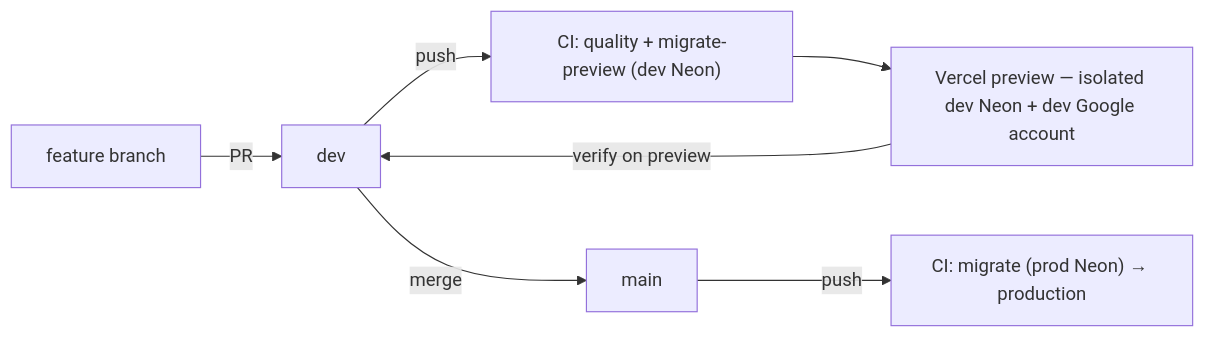
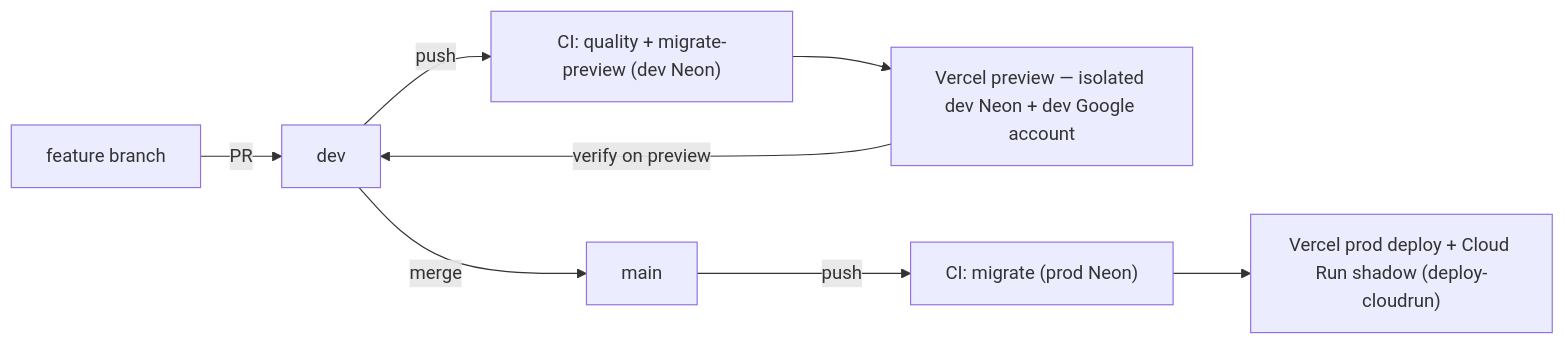
One commit to oncloudnintynineone-source/cloudy2 changed the second of 2 diagrams in docs/developer-guide.md. Above: the diagram before and after it, drawn with Mermaid. The commit also changed other lines of this file and 2 other files, not shown here.

First line of the commit message:
docs: environments matrix (local/dev/prod + Cloud Run shadow), git-workflow diagram, changelog

````diff
--- a/docs/developer-guide.md
+++ b/docs/developer-guide.md
@@ -166,9 +166,10 @@
 ```mermaid
 flowchart LR
     A[feature branch] -- PR --> B[dev]
     B -- push --> C["CI: quality + migrate-preview (dev Neon)"]
     C --> D["Vercel preview — isolated dev Neon + dev Google account"]
     D -- verify on preview --> B
     B -- merge --> E[main]
-    E -- push --> F["CI: migrate (prod Neon) → production"]
+    E -- push --> F["CI: migrate (prod Neon)"]
+    F --> G["Vercel prod deploy + Cloud Run shadow (deploy-cloudrun)"]
 ```
````
